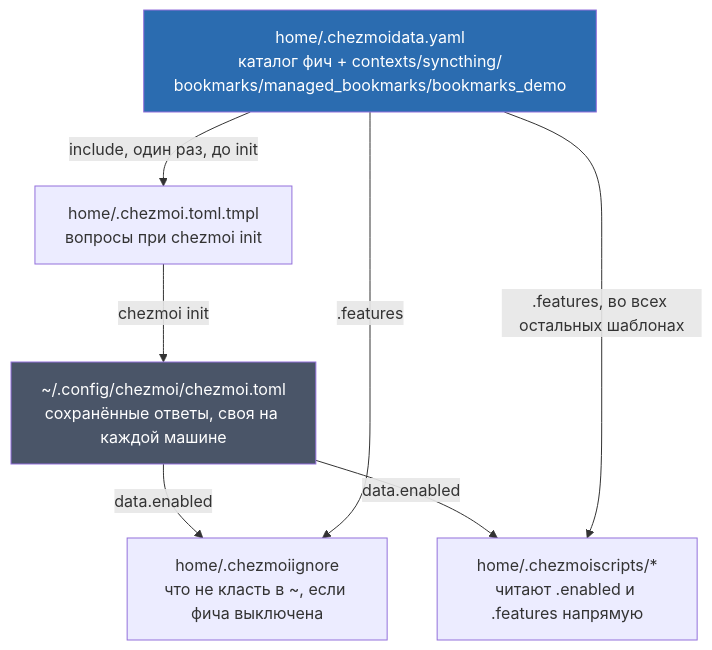
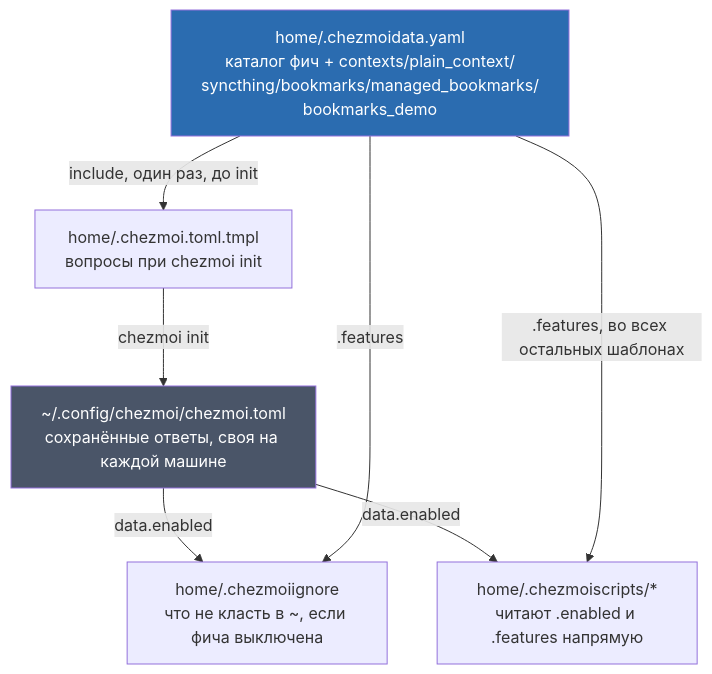
Before and after one commit to stpntkhnv/dotfiles: the first of 5 diagrams in docs/how-it-works.md, drawn with Mermaid. The commit also changed other lines of this file and 10 other files, not shown here.

````diff
--- a/docs/how-it-works.md
+++ b/docs/how-it-works.md
@@ -73,18 +77,18 @@
 ```mermaid
 flowchart TD
-    DATA["home/.chezmoidata.yaml<br/>каталог фич + contexts/syncthing/<br/>bookmarks/managed_bookmarks/bookmarks_demo"]
+    DATA["home/.chezmoidata.yaml<br/>каталог фич + contexts/plain_context/<br/>syncthing/bookmarks/managed_bookmarks/<br/>bookmarks_demo"]
     TMPL["home/.chezmoi.toml.tmpl<br/>вопросы при chezmoi init"]
     CFG["~/.config/chezmoi/chezmoi.toml<br/>сохранённые ответы, своя на каждой машине"]
     IGNORE["home/.chezmoiignore<br/>что не класть в ~, если фича выключена"]
     SCRIPTS["home/.chezmoiscripts/*<br/>читают .enabled и .features напрямую"]
 
     DATA -->|"include, один раз, до init"| TMPL
     TMPL -->|"chezmoi init"| CFG
     CFG -->|"data.enabled"| IGNORE
     CFG -->|"data.enabled"| SCRIPTS
     DATA -->|".features, во всех остальных шаблонах"| SCRIPTS
     DATA -->|".features"| IGNORE
 
     style DATA fill:#2b6cb0,color:#fff
     style CFG fill:#4a5568,color:#fff
 ```
````
